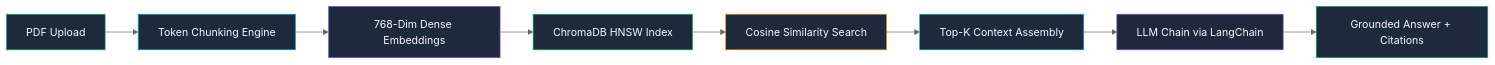
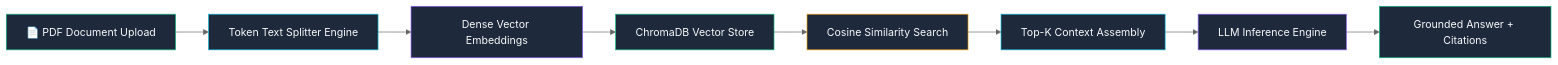
Before and after one commit to UMARMUKTHAR03/rag-ai-chatbot: the diagram in README.md, drawn with Mermaid (neutral theme). The commit also changed other lines of this file and 2 other files, not shown here.

````diff
--- a/README.md
+++ b/README.md
@@ -33,19 +35,19 @@
 ```mermaid
 graph LR
-    A["PDF Upload"] --> B["Token Chunking Engine"]
-    B --> C["768-Dim Dense Embeddings"]
-    C --> D["ChromaDB HNSW Index"]
+    A["📄 PDF Document Upload"] --> B["Token Text Splitter Engine"]
+    B --> C["Dense Vector Embeddings"]
+    C --> D["ChromaDB Vector Store"]
     D --> E["Cosine Similarity Search"]
     E --> F["Top-K Context Assembly"]
-    F --> G["LLM Chain via LangChain"]
+    F --> G["LLM Inference Engine"]
     G --> H["Grounded Answer + Citations"]
 
     style A fill:#1e293b,stroke:#10b981,color:#f8fafc
     style B fill:#1e293b,stroke:#06b6d4,color:#f8fafc
     style C fill:#1e293b,stroke:#8b5cf6,color:#f8fafc
     style D fill:#1e293b,stroke:#10b981,color:#f8fafc
     style E fill:#1e293b,stroke:#f59e0b,color:#f8fafc
     style F fill:#1e293b,stroke:#06b6d4,color:#f8fafc
     style G fill:#1e293b,stroke:#8b5cf6,color:#f8fafc
     style H fill:#1e293b,stroke:#10b981,color:#f8fafc
 ```
````
